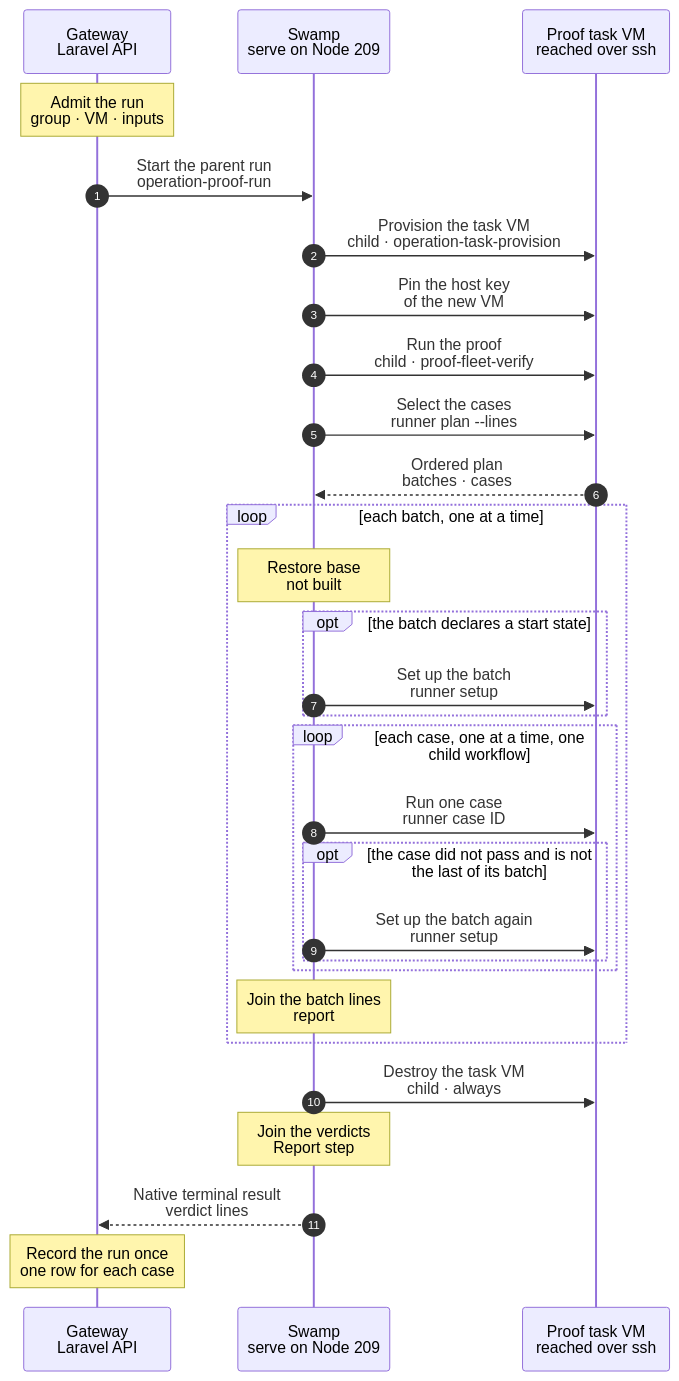
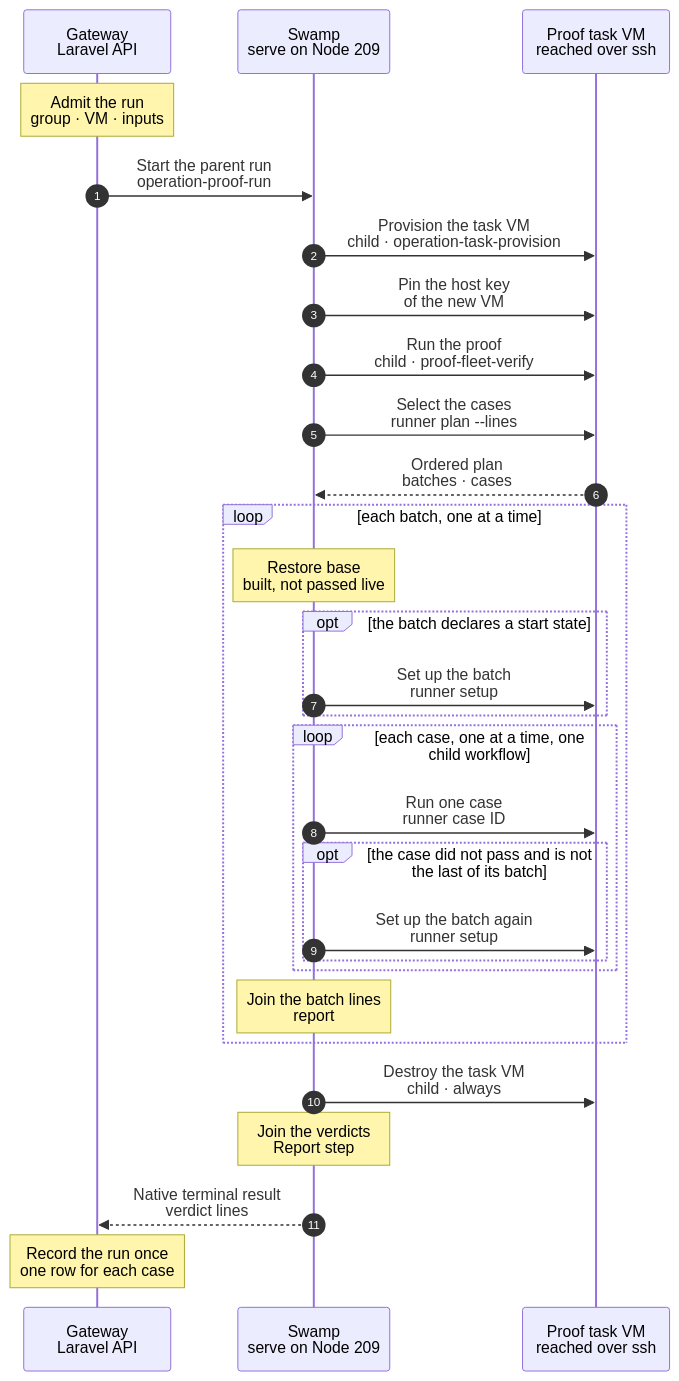
Before and after one commit to hardimpactdev/orbit: the diagram in docs/cli/proof/command.mmd, drawn with Mermaid. The commit also changed 4 other files, not shown here.

First line of the commit message:
Correct four stale pipeline chart notes: restore, reset, prep flow, refresh

```diff
--- a/docs/cli/proof/command.mmd
+++ b/docs/cli/proof/command.mmd
@@ -1,70 +1,70 @@
 sequenceDiagram
   %% Target design: the run of one command of proof:run on a proof task VM of its own (Nick + orchestrator, 2026-11-05). The Gateway admits the intent of the run; Orbit's own Swamp runs the provision, the cases and the destruction of the VM as children of the workflow operation-proof-run; the Gateway projects the run once. The cases are the workflow proof-fleet-verify and its batch and case children.
   %% status: draft
   %% command: none · started by proof:run
   %% kind: proof.command
   autonumber
   %% lane GW icon=gateway pill=intent tone=blue
   %% lane SW icon=workflow pill=executes tone=green
   %% lane VM icon=server pill=target tone=purple
   participant GW as Gateway<br/>Laravel API
   participant SW as Swamp<br/>serve on Node 209
   participant VM as Proof task VM<br/>reached over ssh
   Note over GW: Admit the run<br/>group · VM · inputs
   %%> Requirements:
   %%> - proof:run selected this command and its cases file, and made a task group for it
   %%> What it records:
   %%> - the task provision, the cases file, the pinned SSH target of the VM and the destruction of the VM, all as inputs; no step calls back
   GW->>SW: Start the parent run<br/>operation-proof-run
   SW->>VM: Provision the task VM<br/>child · operation-task-provision
   %%> What it does:
   %%> - the same provision every task uses; stage 2 of the chart of proof:run is part of it
   SW->>VM: Pin the host key<br/>of the new VM
   %%> What it does:
   %%> - fills the host key that the provision observed into the SSH target of the cases
   SW->>VM: Run the proof<br/>child · proof-fleet-verify
   %%> Inputs:
   %%> - the cases file of the command, the checkout path, the group and the pinned SSH target of the VM
   %%> - no secret
   SW->>VM: Select the cases<br/>runner plan --lines
   %%> What it does:
   %%> - one line a batch, `BATCH SETUP CASE...`, in the order of `swamp/proof/batches.yaml`; inside a batch, in file order
   VM-->>SW: Ordered plan<br/>batches · cases
   loop each batch, one at a time
-    Note over SW: Restore base<br/>not built
-    %%> Not built:
-    %%> - the restore of `base` before each batch; the old restore was removed, and its replacement is rebuilt as a Swamp step
+    Note over SW: Restore base<br/>built, not passed live
+    %%> Built, not yet passed live:
+    %%> - the restore of `base` before each batch is the workflow `proof-fleet-restore`, a step of the batch workflow; 0 of 2 runs succeeded by 2026-11-06; the old restore was removed
     opt the batch declares a start state
       SW->>VM: Set up the batch<br/>runner setup
       %%> What it does:
       %%> - runs the setup steps of the batch; a setup that fails or is not built stops the run
     end
     loop each case, one at a time, one child workflow
       SW->>VM: Run one case<br/>runner case ID
       %%> What it does:
       %%> - the step allows failure, so a failed case does not stop its batch
       %%> Returns:
       %%> - one JSON line of at most 1 KB: the case id, the verdict, the cause, the seconds and the failed checks
       opt the case did not pass and is not the last of its batch
         SW->>VM: Set up the batch again<br/>runner setup
         %%> Why:
         %%> - a failed case can leave anything behind; the setup of the batch runs again
         %%> - the last case of a batch skips it
-        %%> Not built:
-        %%> - the restore of `base` before the setup; the old restore was removed
+        %%> Built, not yet passed live:
+        %%> - the restore of `base` before the setup is the workflow `proof-fleet-restore` (0 of 2 runs succeeded by 2026-11-06); the old restore was removed
       end
     end
     Note over SW: Join the batch lines<br/>report
     %%> What it does:
     %%> - a case that printed no line is `failed` with cause `infrastructure`; a case that did not run is `unrun` with cause `infrastructure`
   end
   SW->>VM: Destroy the task VM<br/>child · always
   %%> What it does:
   %%> - runs after success and after failure, so no VM is left behind
   Note over SW: Join the verdicts<br/>Report step
   %%> What it does:
   %%> - every case of the plan has one line, in plan order; the Gateway reads this step once, when the run ends
   SW-->>GW: Native terminal result<br/>verdict lines
   Note over GW: Record the run once<br/>one row for each case
   %%> Result:
   %%> - the Gateway records the VM, the verdicts and the end of the group, then closes the proof of the CLI when this was its last run
```
